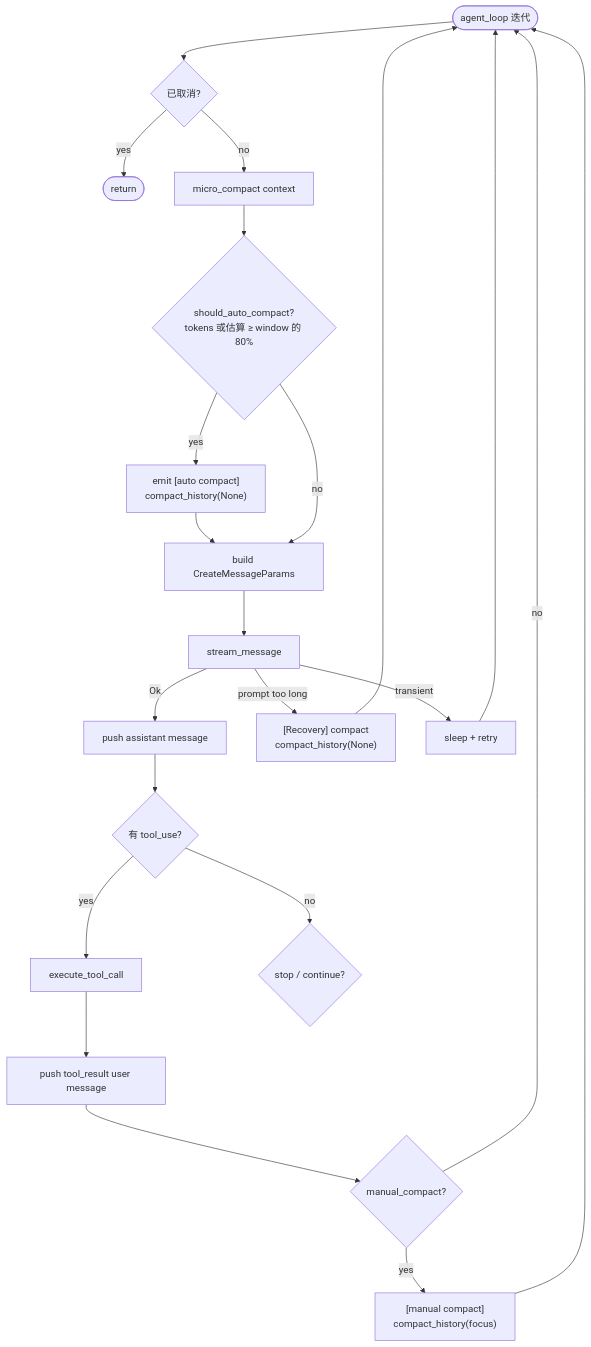
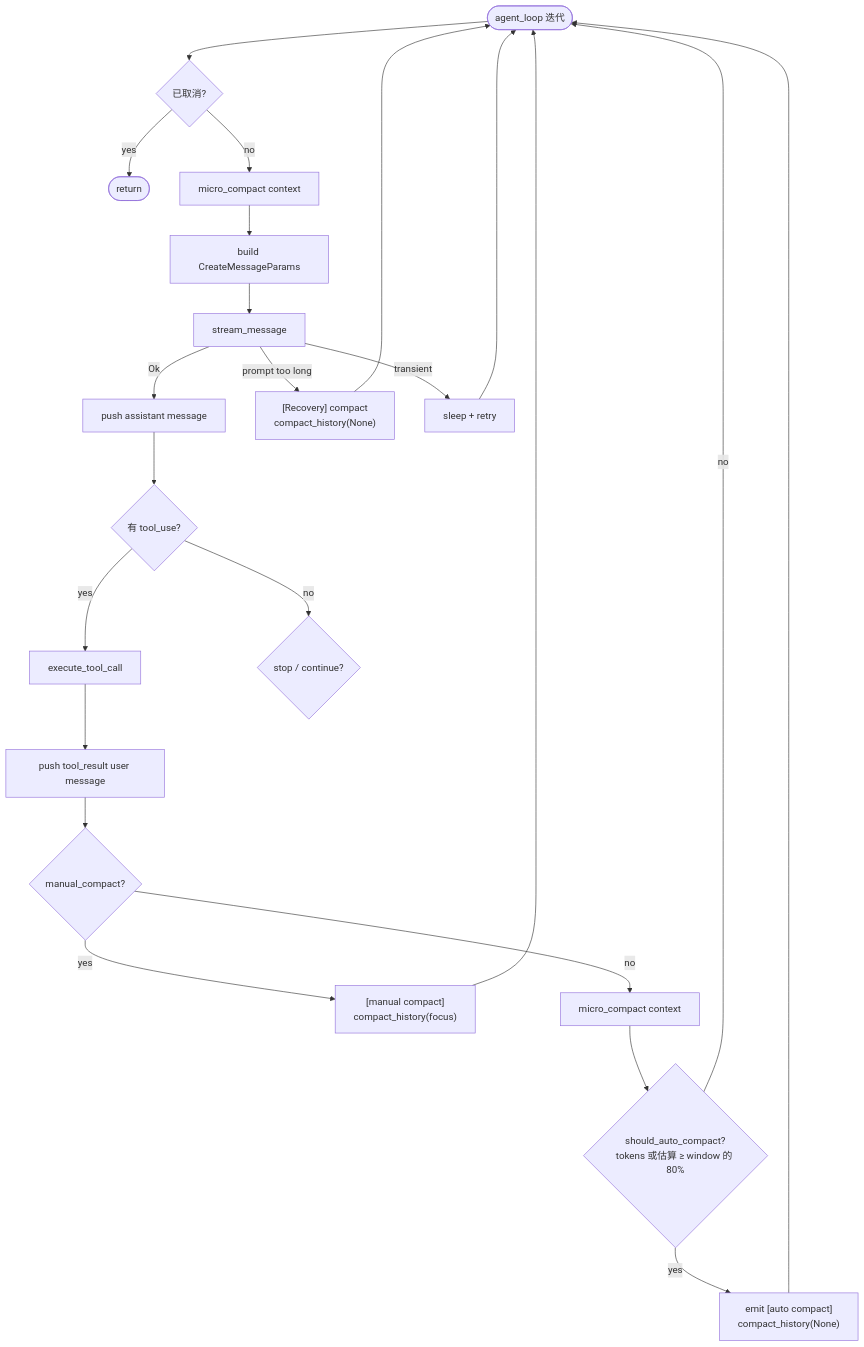
The third of 15 diagrams in book/05_chapter_compact_zh.md (rust-infra/tact), drawn with Mermaid before and after one commit. The commit also changed other lines of this file and 203 other files, not shown here.

````diff
--- a/book/05_chapter_compact_zh.md
+++ b/book/05_chapter_compact_zh.md
@@ -84,24 +84,25 @@
 ```mermaid
 flowchart TD
     Start([agent_loop 迭代]) --> Cancel{已取消?}
     Cancel -->|yes| Exit([return])
     Cancel -->|no| MC[micro_compact context]
-    MC --> Size{should_auto_compact?<br/>tokens 或估算 ≥ window 的 80%}
-    Size -->|yes| Auto["emit [auto compact]<br/>compact_history(None)"]
-    Auto --> Build
-    Size -->|no| Build[build CreateMessageParams]
+    MC --> Build[build CreateMessageParams]
     Build --> Stream[stream_message]
     Stream -->|Ok| Assist[push assistant message]
     Stream -->|prompt too long| Rec["[Recovery] compact<br/>compact_history(None)"]
     Rec --> Start
     Stream -->|transient| Backoff[sleep + retry]
     Backoff --> Start
     Assist --> Tools{有 tool_use?}
     Tools -->|yes| Exec[execute_tool_call]
     Exec --> Persist[push tool_result user message]
     Persist --> Man{manual_compact?}
     Man -->|yes| MC2["[manual compact]<br/>compact_history(focus)"]
     MC2 --> Start
-    Man -->|no| Start
+    Man -->|no| MC3[micro_compact context]
+    MC3 --> Size{should_auto_compact?<br/>tokens 或估算 ≥ window 的 80%}
+    Size -->|yes| Auto["emit [auto compact]<br/>compact_history(None)"]
+    Auto --> Start
+    Size -->|no| Start
     Tools -->|no| Done{stop / continue?}
 ```
````
